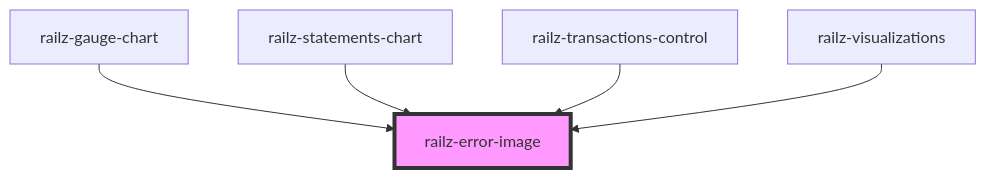
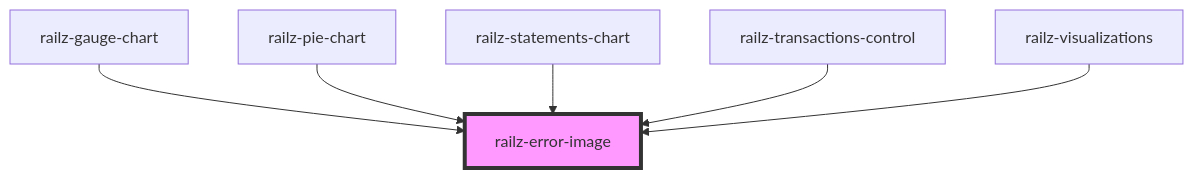
Before and after one commit to railz-ai/railz-visualizations: the diagram in packages/components/src/elements/error/readme.md, drawn with Mermaid. The commit also changed other lines of this file and 26 other files, not shown here.

Commit message:
feat: Adding pie chart

````diff
--- a/packages/components/src/elements/error/readme.md
+++ b/packages/components/src/elements/error/readme.md
@@ -25,8 +28,9 @@
 ```mermaid
 graph TD;
   railz-gauge-chart --> railz-error-image
+  railz-pie-chart --> railz-error-image
   railz-statements-chart --> railz-error-image
   railz-transactions-control --> railz-error-image
   railz-visualizations --> railz-error-image
   style railz-error-image fill:#f9f,stroke:#333,stroke-width:4px
 ```
````
